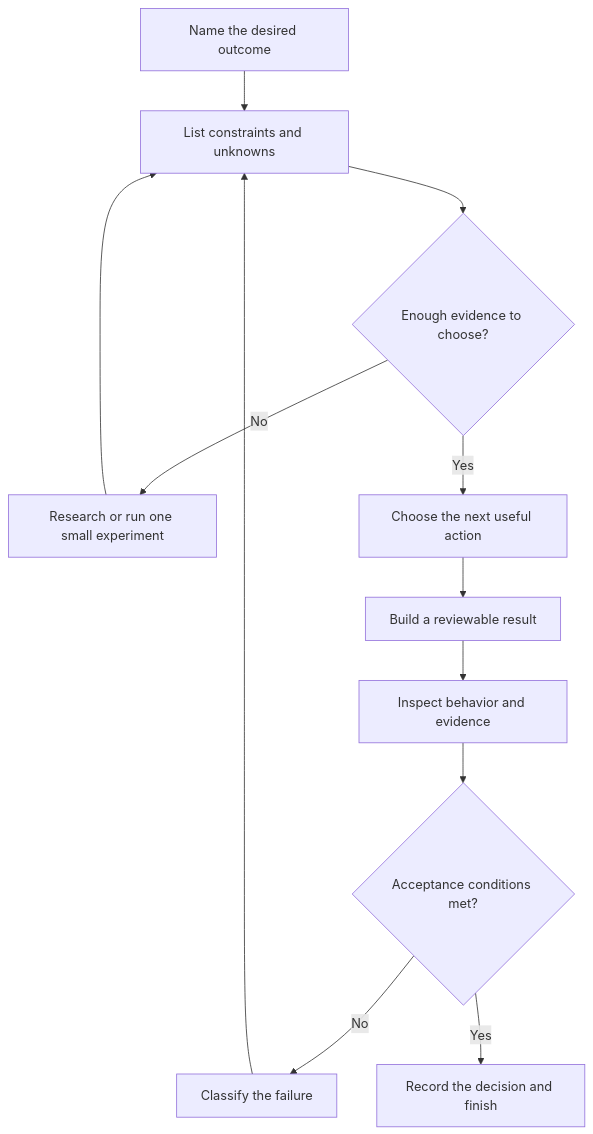
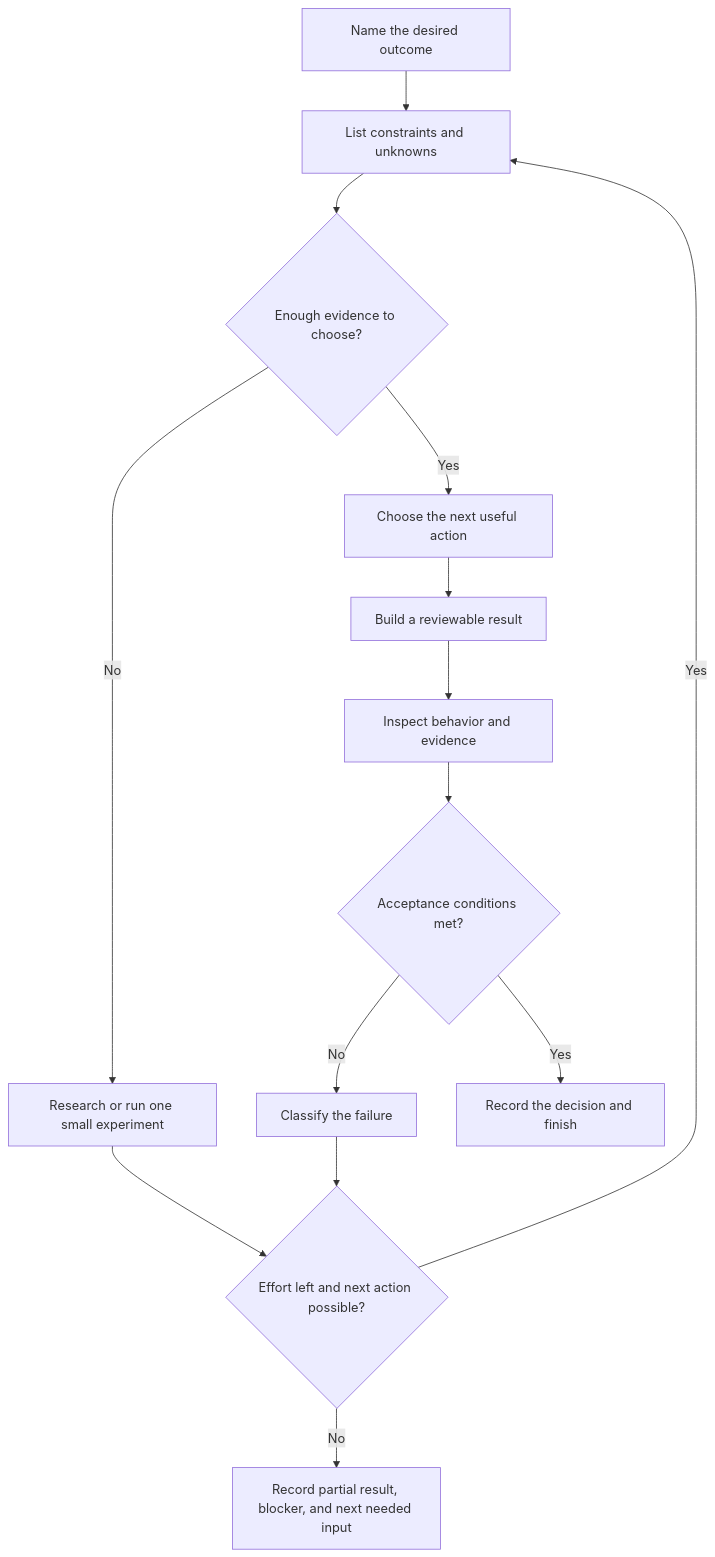
Before and after one commit to buicongnguyen/Better_skill: the diagram in diagrams/thinking-loop.mmd, drawn with Mermaid. The commit also changed 35 other files, not shown here.

```diff
--- a/diagrams/thinking-loop.mmd
+++ b/diagrams/thinking-loop.mmd
@@ -1,14 +1,16 @@
 flowchart TD
   accTitle: The observable thinking and decision loop
-  accDescr: Define the outcome, resolve the most important unknown, build a small result, inspect evidence, and choose whether to revise or finish.
+  accDescr: Define the outcome, resolve the most important unknown, build a small result, inspect evidence, and revise or finish. If effort is exhausted or progress needs unavailable input, record the partial result and blocker.
   A["Name the desired outcome"] --> B["List constraints and unknowns"]
   B --> C{"Enough evidence to choose?"}
   C -->|No| D["Research or run one small experiment"]
-  D --> B
+  D --> K{"Effort left and next action possible?"}
+  K -->|Yes| B
+  K -->|No| L["Record partial result, blocker, and next needed input"]
   C -->|Yes| E["Choose the next useful action"]
   E --> F["Build a reviewable result"]
   F --> G["Inspect behavior and evidence"]
   G --> H{"Acceptance conditions met?"}
   H -->|No| I["Classify the failure"]
-  I --> B
+  I --> K
   H -->|Yes| J["Record the decision and finish"]
```
